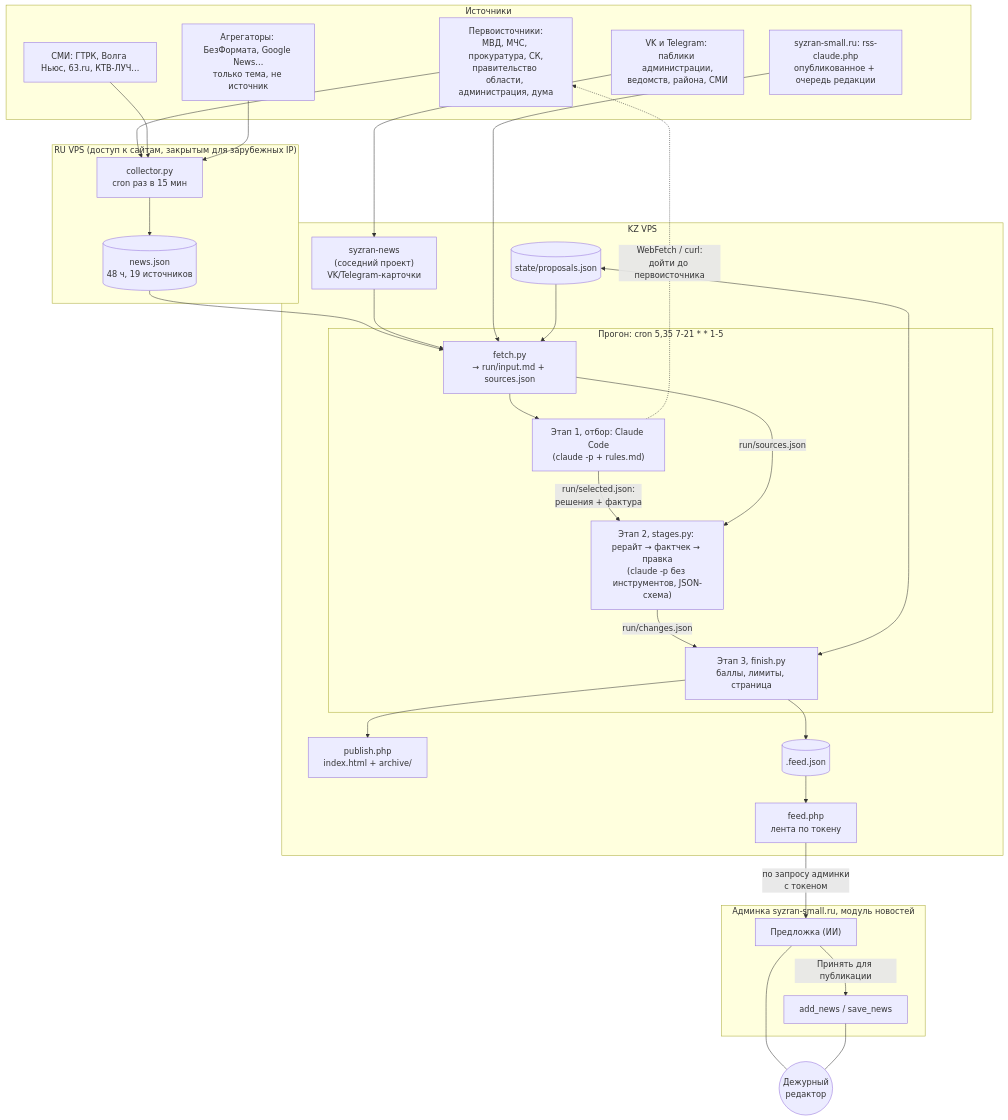
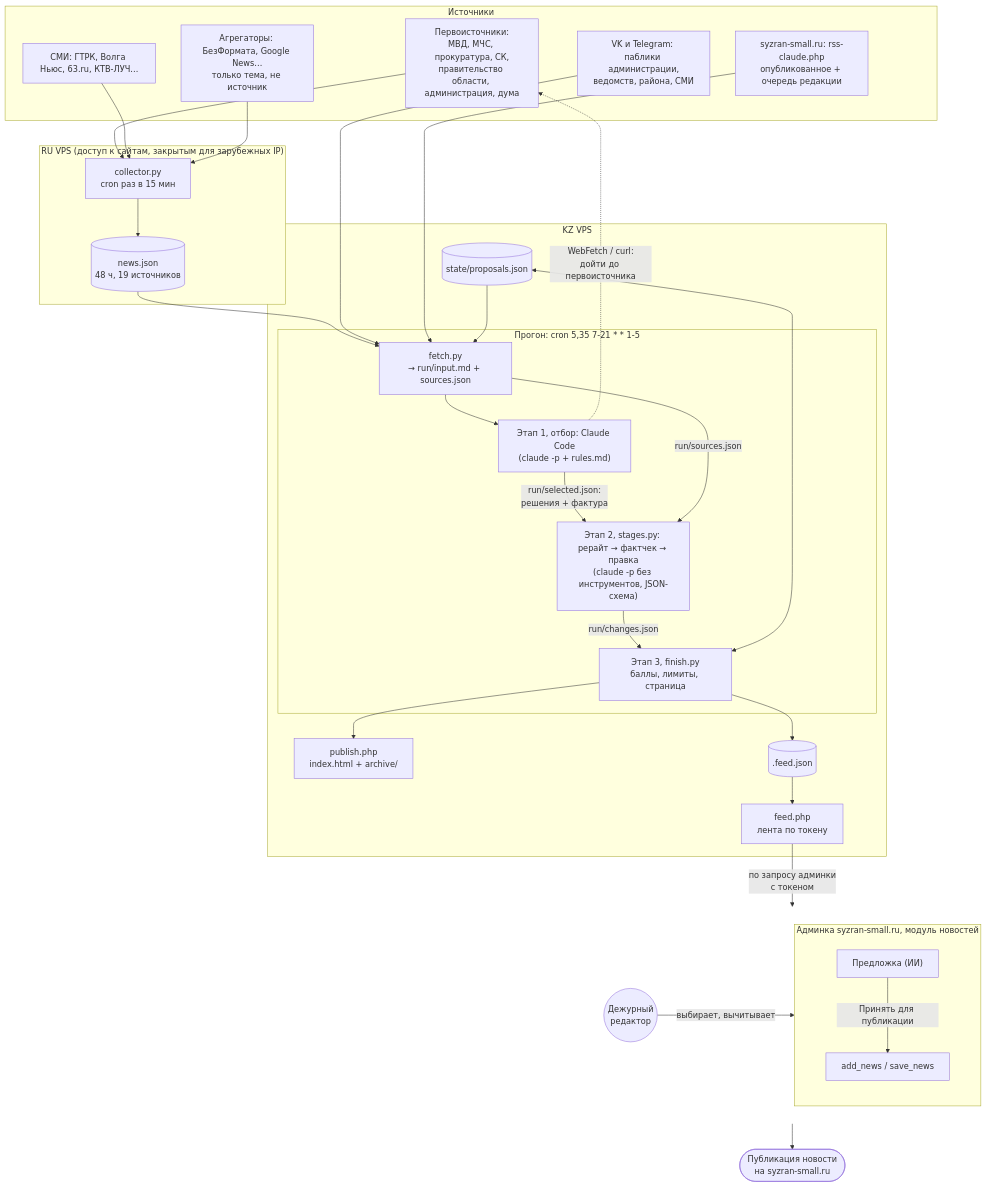
The first of 5 diagrams in README.md (delffine/ai_editor), drawn with Mermaid before and after one commit.

Commit message:
README: схема архитектуры — VK/TG прямо в fetch.py, редактор слева от админки, внизу публикация новости

````diff
--- a/README.md
+++ b/README.md
@@ -54,57 +54,61 @@
 ```mermaid
 flowchart TB
     subgraph SRC["Источники"]
         PRIM["Первоисточники:<br/>МВД, МЧС, прокуратура, СК,<br/>правительство области, администрация, дума"]
         MEDIA["СМИ: ГТРК, Волга Ньюс, 63.ru, КТВ-ЛУЧ…"]
         AGG["Агрегаторы: БезФормата, Google News…<br/>только тема, не источник"]
         SOC["VK и Telegram: паблики администрации,<br/>ведомств, района, СМИ"]
         RSS["syzran-small.ru: rss-claude.php<br/>опубликованное + очередь редакции"]
     end
 
     subgraph RU["RU VPS (доступ к сайтам, закрытым для зарубежных IP)"]
         COL["collector.py<br/>cron раз в 15 мин"]
         NEWS[("news.json<br/>48 ч, 19 источников")]
         COL --> NEWS
     end
 
     subgraph KZ["KZ VPS"]
-        SN["syzran-news<br/>(соседний проект)<br/>VK/Telegram-карточки"]
         subgraph RUN["Прогон: cron 5,35 7-21 * * 1-5"]
             FETCH["fetch.py<br/>→ run/input.md + sources.json"]
             CC["Этап 1, отбор: Claude Code<br/>(claude -p + rules.md)"]
             ST["Этап 2, stages.py: рерайт → фактчек → правка<br/>(claude -p без инструментов, JSON-схема)"]
             FIN["Этап 3, finish.py<br/>баллы, лимиты, страница"]
         end
         STATE[("state/proposals.json")]
         PUBPHP["publish.php<br/>index.html + archive/"]
         FEED[(".feed.json")]
         FEEDPHP["feed.php<br/>лента по токену"]
     end
 
-    subgraph ADM["Админка syzran-small.ru, модуль новостей"]
-        ADMIN["Предложка (ИИ)"]
-        ADD["add_news / save_news"]
+    subgraph DESK[" "]
+        direction LR
+        ED(("Дежурный<br/>редактор"))
+        subgraph ADM["Админка syzran-small.ru, модуль новостей"]
+            direction TB
+            ADMIN["Предложка (ИИ)"]
+            ADD["add_news / save_news"]
+            ADMIN -- "Принять для публикации" --> ADD
+        end
+        ED -- "выбирает, вычитывает" --> ADM
     end
 
-    ED(("Дежурный<br/>редактор"))
+    PUB(["Публикация новости<br/>на syzran-small.ru"])
 
     PRIM & MEDIA & AGG --> COL
-    SOC --> SN
     NEWS --> FETCH
-    SN --> FETCH
+    SOC --> FETCH
     RSS --> FETCH
     STATE --> FETCH
     FETCH --> CC
     CC -. "WebFetch / curl:<br/>дойти до первоисточника" .-> PRIM
     CC -- "run/selected.json:<br/>решения + фактура" --> ST
     FETCH -- "run/sources.json" --> ST
     ST -- "run/changes.json" --> FIN
     STATE <--> FIN
     FIN --> PUBPHP
     FIN --> FEED
     FEED --> FEEDPHP
-    FEEDPHP -- "по запросу админки<br/>с токеном" --> ADMIN
-    ADMIN -- "Принять для публикации" --> ADD
-    ADMIN --- ED
-    ADD --- ED
+    FEEDPHP -- "по запросу админки<br/>с токеном" --> DESK
+    DESK --> PUB
+    style DESK fill:none,stroke:none
 ```
````
